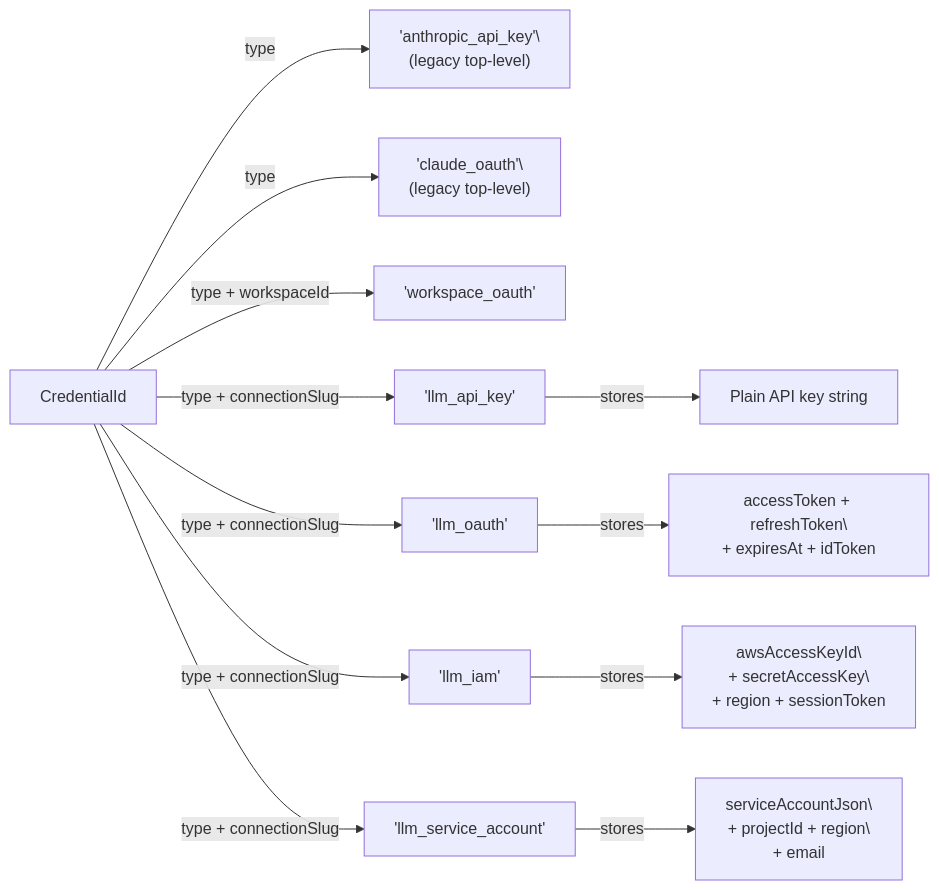
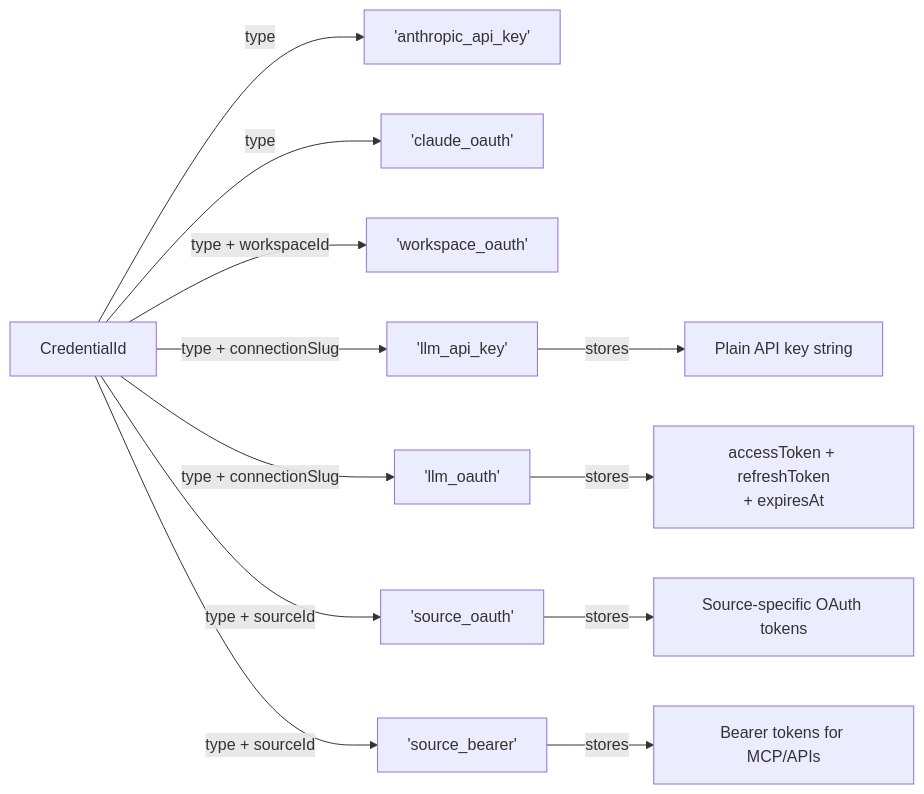
One commit to blackcater/zentree changed the second of 3 diagrams in docs/lukilabs_craft-agents-oss/security/credential-storage-and-encryption.md. Above: the diagram before and after it, drawn with Mermaid. The commit also changed other lines of this file and 232 other files, not shown here.

````diff
--- a/docs/lukilabs_craft-agents-oss/security/credential-storage-and-encryption.md
+++ b/docs/lukilabs_craft-agents-oss/security/credential-storage-and-encryption.md
@@ -89,24 +102,17 @@
 ```mermaid
 graph LR
     CID["CredentialId"]
 
-    CID -->|"type"| AK["'anthropic_api_key'\
-(legacy top-level)"]
-    CID -->|"type"| CO["'claude_oauth'\
-(legacy top-level)"]
+    CID -->|"type"| AK["'anthropic_api_key'"]
+    CID -->|"type"| CO["'claude_oauth'"]
     CID -->|"type + workspaceId"| WO["'workspace_oauth'"]
     CID -->|"type + connectionSlug"| LAK["'llm_api_key'"]
     CID -->|"type + connectionSlug"| LO["'llm_oauth'"]
-    CID -->|"type + connectionSlug"| LI["'llm_iam'"]
-    CID -->|"type + connectionSlug"| LSA["'llm_service_account'"]
+    CID -->|"type + sourceId"| SO["'source_oauth'"]
+    CID -->|"type + sourceId"| SB["'source_bearer'"]
 
     LAK -->|"stores"| APIKEY["Plain API key string"]
-    LO -->|"stores"| OAUTHCRED["accessToken + refreshToken\
-+ expiresAt + idToken"]
-    LI -->|"stores"| IAMCRED["awsAccessKeyId\
-+ secretAccessKey\
-+ region + sessionToken"]
-    LSA -->|"stores"| GCPCRED["serviceAccountJson\
-+ projectId + region\
-+ email"]
+    LO -->|"stores"| OAUTHCRED["accessToken + refreshToken<br/>+ expiresAt"]
+    SO -->|"stores"| SRCOAUTH["Source-specific OAuth tokens"]
+    SB -->|"stores"| SRCBEARER["Bearer tokens for MCP/APIs"]
 ```
````
